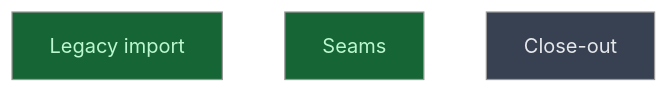
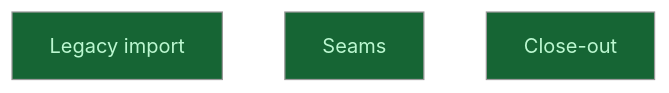
One commit to CrackingShells/Candler changed the diagram in __roadmap__/m1-contracts/interfaces/services/import/README.md. Above: the diagram before and after it, drawn with Mermaid (neutral theme). The commit also changed other lines of this file and 5 other files, not shown here.

First line of the commit message:
rdm(importer): close the close-out level of m1-contracts

````diff
--- a/__roadmap__/m1-contracts/interfaces/services/import/README.md
+++ b/__roadmap__/m1-contracts/interfaces/services/import/README.md
@@ -18,11 +18,11 @@
 ```mermaid
 graph TD
     legacy_import[Legacy import]:::done
     seams[Seams]:::done
-    closeout[Close-out]:::planned
+    closeout[Close-out]:::done
     classDef done       fill:#166534,color:#bbf7d0
     classDef inprogress fill:#854d0e,color:#fef08a
     classDef planned    fill:#374151,color:#e5e7eb
     classDef amendment  fill:#1e3a5f,color:#bfdbfe
     classDef blocked    fill:#7f1d1d,color:#fecaca
 ```
````
